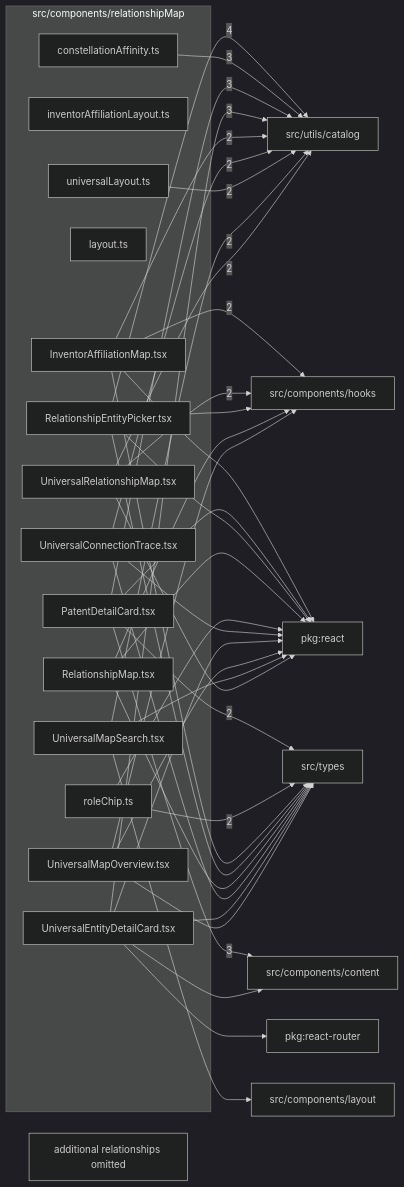
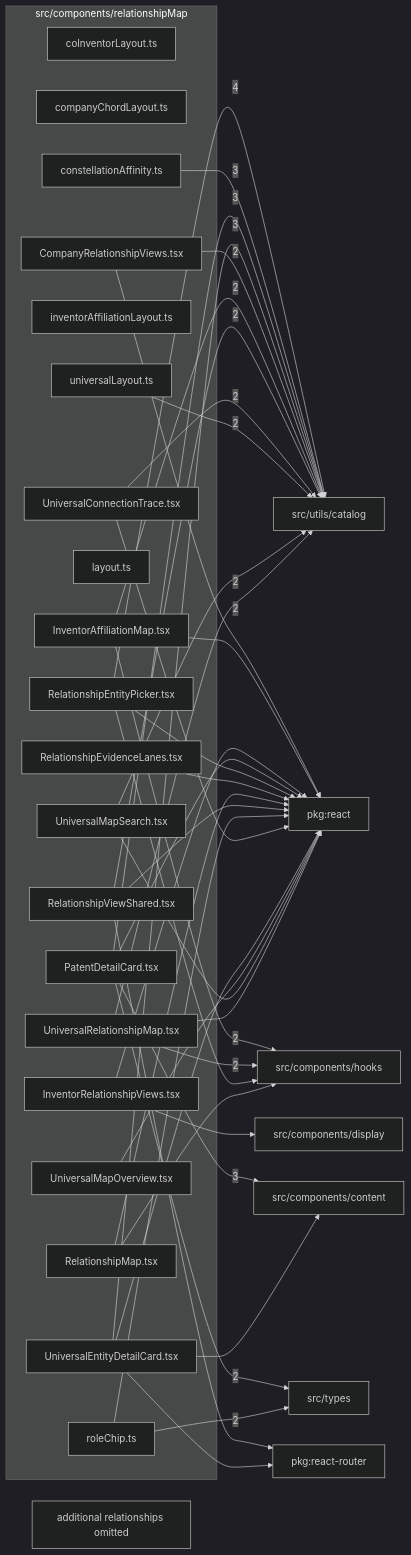
The diagram in src/components/relationshipMap/readme.md (ronbuening/LensVisualizer), drawn with Mermaid (dark theme) before and after one commit. The commit also changed other lines of this file and 29 other files, not shown here.

Commit message:
Add company comparisons and focused inventor relationship views

````diff
--- a/src/components/relationshipMap/readme.md
+++ b/src/components/relationshipMap/readme.md
@@ -9,63 +9,69 @@
 ```mermaid
 flowchart LR
   subgraph n_src_components_relationshipMap["src/components/relationshipMap"]
+    n_src_components_relationshipMap_src_components_relationshipMap_coInventorLayout_ts["coInventorLayout.ts"]
+    n_src_components_relationshipMap_src_components_relationshipMap_companyChordLayout_ts["companyChordLayout.ts"]
+    n_src_components_relationshipMap_src_components_relationshipMap_CompanyRelationshipViews_tsx["CompanyRelationshipViews.tsx"]
     n_src_components_relationshipMap_src_components_relationshipMap_constellationAffinity_ts["constellationAffinity.ts"]
     n_src_components_relationshipMap_src_components_relationshipMap_inventorAffiliationLayout_ts["inventorAffiliationLayout.ts"]
     n_src_components_relationshipMap_src_components_relationshipMap_InventorAffiliationMap_tsx["InventorAffiliationMap.tsx"]
+    n_src_components_relationshipMap_src_components_relationshipMap_InventorRelationshipViews_tsx["InventorRelationshipViews.tsx"]
     n_src_components_relationshipMap_src_components_relationshipMap_layout_ts["layout.ts"]
     n_src_components_relationshipMap_src_components_relationshipMap_PatentDetailCard_tsx["PatentDetailCard.tsx"]
     n_src_components_relationshipMap_src_components_relationshipMap_RelationshipEntityPicker_tsx["RelationshipEntityPicker.tsx"]
+    n_src_components_relationshipMap_src_components_relationshipMap_RelationshipEvidenceLanes_tsx["RelationshipEvidenceLanes.tsx"]
     n_src_components_relationshipMap_src_components_relationshipMap_RelationshipMap_tsx["RelationshipMap.tsx"]
+    n_src_components_relationshipMap_src_components_relationshipMap_RelationshipViewShared_tsx["RelationshipViewShared.tsx"]
     n_src_components_relationshipMap_src_components_relationshipMap_roleChip_ts["roleChip.ts"]
     n_src_components_relationshipMap_src_components_relationshipMap_UniversalConnectionTrace_tsx["UniversalConnectionTrace.tsx"]
     n_src_components_relationshipMap_src_components_relationshipMap_UniversalEntityDetailCard_tsx["UniversalEntityDetailCard.tsx"]
     n_src_components_relationshipMap_src_components_relationshipMap_universalLayout_ts["universalLayout.ts"]
     n_src_components_relationshipMap_src_components_relationshipMap_UniversalMapOverview_tsx["UniversalMapOverview.tsx"]
     n_src_components_relationshipMap_src_components_relationshipMap_UniversalMapSearch_tsx["UniversalMapSearch.tsx"]
     n_src_components_relationshipMap_src_components_relationshipMap_UniversalRelationshipMap_tsx["UniversalRelationshipMap.tsx"]
   end
   n_external_src_utils_catalog["src/utils/catalog"]
   n_external_src_components_content["src/components/content"]
   n_external_src_components_hooks["src/components/hooks"]
   n_external_src_types["src/types"]
   n_external_pkg_react["pkg:react"]
   n_external_pkg_react_router["pkg:react-router"]
-  n_external_src_components_layout["src/components/layout"]
+  n_external_src_components_display["src/components/display"]
   n_src_components_relationshipMap_src_components_relationshipMap_RelationshipEntityPicker_tsx --> |4| n_external_src_utils_catalog
   n_src_components_relationshipMap_src_components_relationshipMap_PatentDetailCard_tsx --> |3| n_external_src_components_content
   n_src_components_relationshipMap_src_components_relationshipMap_constellationAffinity_ts --> |3| n_external_src_utils_catalog
   n_src_components_relationshipMap_src_components_relationshipMap_PatentDetailCard_tsx --> |3| n_external_src_utils_catalog
   n_src_components_relationshipMap_src_components_relationshipMap_UniversalEntityDetailCard_tsx --> |3| n_external_src_utils_catalog
   n_src_components_relationshipMap_src_components_relationshipMap_InventorAffiliationMap_tsx --> |2| n_external_src_components_hooks
   n_src_components_relationshipMap_src_components_relationshipMap_UniversalRelationshipMap_tsx --> |2| n_external_src_components_hooks
   n_src_components_relationshipMap_src_components_relationshipMap_PatentDetailCard_tsx --> |2| n_external_src_types
   n_src_components_relationshipMap_src_components_relationshipMap_roleChip_ts --> |2| n_external_src_types
+  n_src_components_relationshipMap_src_components_relationshipMap_CompanyRelationshipViews_tsx --> |2| n_external_src_utils_catalog
   n_src_components_relationshipMap_src_components_relationshipMap_InventorAffiliationMap_tsx --> |2| n_external_src_utils_catalog
+  n_src_components_relationshipMap_src_components_relationshipMap_RelationshipViewShared_tsx --> |2| n_external_src_utils_catalog
   n_src_components_relationshipMap_src_components_relationshipMap_UniversalConnectionTrace_tsx --> |2| n_external_src_utils_catalog
   n_src_components_relationshipMap_src_components_relationshipMap_universalLayout_ts --> |2| n_external_src_utils_catalog
   n_src_components_relationshipMap_src_components_relationshipMap_UniversalMapSearch_tsx --> |2| n_external_src_utils_catalog
   n_src_components_relationshipMap_src_components_relationshipMap_UniversalRelationshipMap_tsx --> |2| n_external_src_utils_catalog
+  n_src_components_relationshipMap_src_components_relationshipMap_CompanyRelationshipViews_tsx --> n_external_pkg_react
   n_src_components_relationshipMap_src_components_relationshipMap_InventorAffiliationMap_tsx --> n_external_pkg_react
+  n_src_components_relationshipMap_src_components_relationshipMap_InventorRelationshipViews_tsx --> n_external_pkg_react
   n_src_components_relationshipMap_src_components_relationshipMap_PatentDetailCard_tsx --> n_external_pkg_react
   n_src_components_relationshipMap_src_components_relationshipMap_RelationshipEntityPicker_tsx --> n_external_pkg_react
+  n_src_components_relationshipMap_src_components_relationshipMap_RelationshipEvidenceLanes_tsx --> n_external_pkg_react
   n_src_components_relationshipMap_src_components_relationshipMap_RelationshipMap_tsx --> n_external_pkg_react
+  n_src_components_relationshipMap_src_components_relationshipMap_RelationshipViewShared_tsx --> n_external_pkg_react
   n_src_components_relationshipMap_src_components_relationshipMap_roleChip_ts --> n_external_pkg_react
   n_src_components_relationshipMap_src_components_relationshipMap_UniversalConnectionTrace_tsx --> n_external_pkg_react
   n_src_components_relationshipMap_src_components_relationshipMap_UniversalEntityDetailCard_tsx --> n_external_pkg_react
   n_src_components_relationshipMap_src_components_relationshipMap_UniversalMapOverview_tsx --> n_external_pkg_react
   n_src_components_relationshipMap_src_components_relationshipMap_UniversalMapSearch_tsx --> n_external_pkg_react
   n_src_components_relationshipMap_src_components_relationshipMap_UniversalRelationshipMap_tsx --> n_external_pkg_react
+  n_src_components_relationshipMap_src_components_relationshipMap_RelationshipViewShared_tsx --> n_external_pkg_react_router
   n_src_components_relationshipMap_src_components_relationshipMap_UniversalEntityDetailCard_tsx --> n_external_pkg_react_router
   n_src_components_relationshipMap_src_components_relationshipMap_UniversalEntityDetailCard_tsx --> n_external_src_components_content
+  n_src_components_relationshipMap_src_components_relationshipMap_InventorRelationshipViews_tsx --> n_external_src_components_display
   n_src_components_relationshipMap_src_components_relationshipMap_RelationshipEntityPicker_tsx --> n_external_src_components_hooks
   n_src_components_relationshipMap_src_components_relationshipMap_RelationshipMap_tsx --> n_external_src_components_hooks
-  n_src_components_relationshipMap_src_components_relationshipMap_UniversalMapOverview_tsx --> n_external_src_components_hooks
-  n_src_components_relationshipMap_src_components_relationshipMap_UniversalMapSearch_tsx --> n_external_src_components_layout
-  n_src_components_relationshipMap_src_components_relationshipMap_InventorAffiliationMap_tsx --> n_external_src_types
-  n_src_components_relationshipMap_src_components_relationshipMap_RelationshipEntityPicker_tsx --> n_external_src_types
-  n_src_components_relationshipMap_src_components_relationshipMap_RelationshipMap_tsx --> n_external_src_types
-  n_src_components_relationshipMap_src_components_relationshipMap_UniversalConnectionTrace_tsx --> n_external_src_types
-  n_src_components_relationshipMap_src_components_relationshipMap_UniversalEntityDetailCard_tsx --> n_external_src_types
-  n_src_components_relationshipMap_src_components_relationshipMap_UniversalMapOverview_tsx --> n_external_src_types
   n_src_components_relationshipMap_truncated["additional relationships omitted"]
 ```
````
